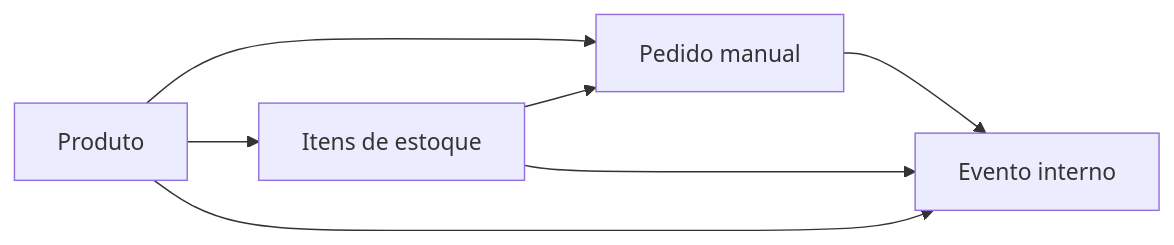
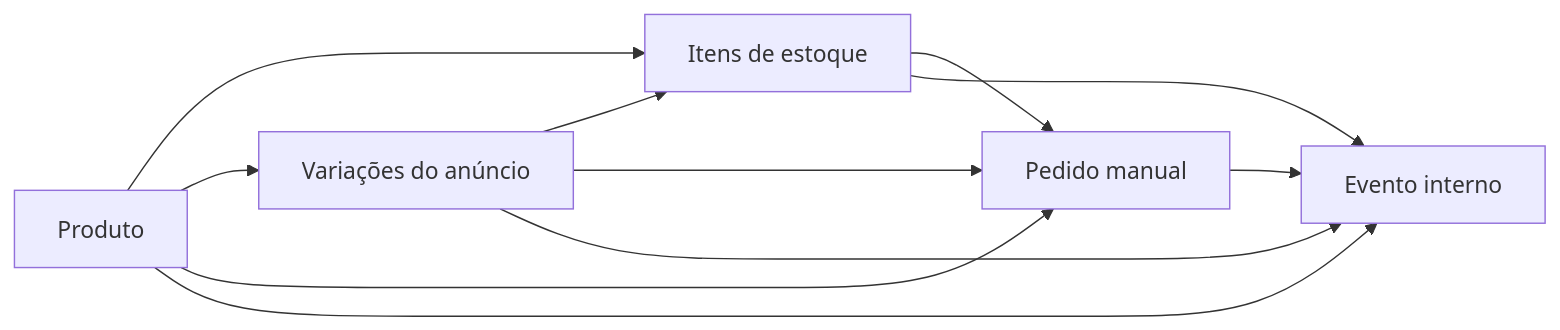
One commit to hzdkyx/gamemarketapp changed the second of 5 diagrams in docs/architecture.md. Above: the diagram before and after it, drawn with Mermaid. The commit also changed other lines of this file and 28 other files, not shown here.

````diff
--- a/docs/architecture.md
+++ b/docs/architecture.md
@@ -20,9 +20,13 @@
 ```mermaid
 flowchart LR
   Product["Produto"] --> Inventory["Itens de estoque"]
+  Product --> Variant["Variações do anúncio"]
+  Variant --> Inventory
+  Variant --> Order
   Product --> Order["Pedido manual"]
   Inventory --> Order
   Order --> Event["Evento interno"]
   Inventory --> Event
   Product --> Event
+  Variant --> Event
 ```
````
